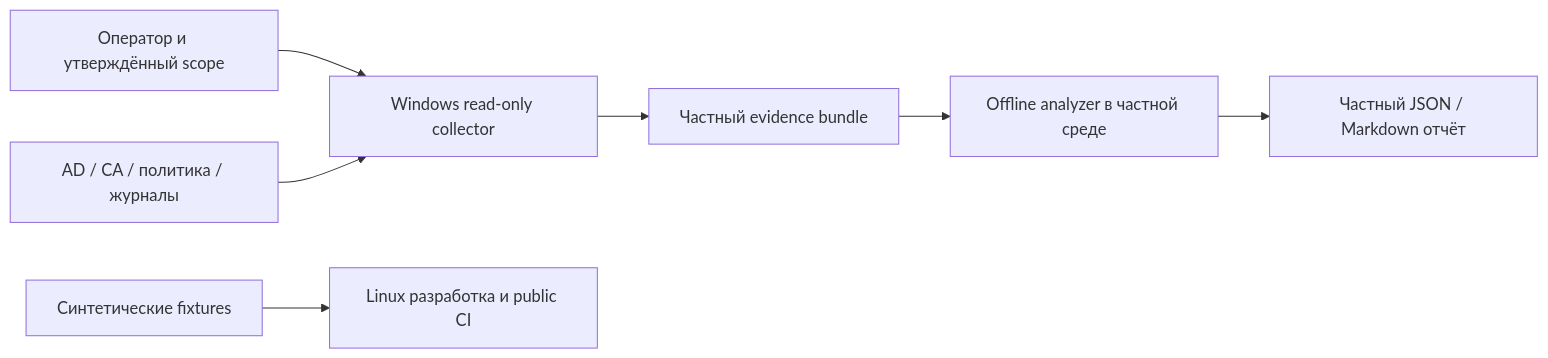
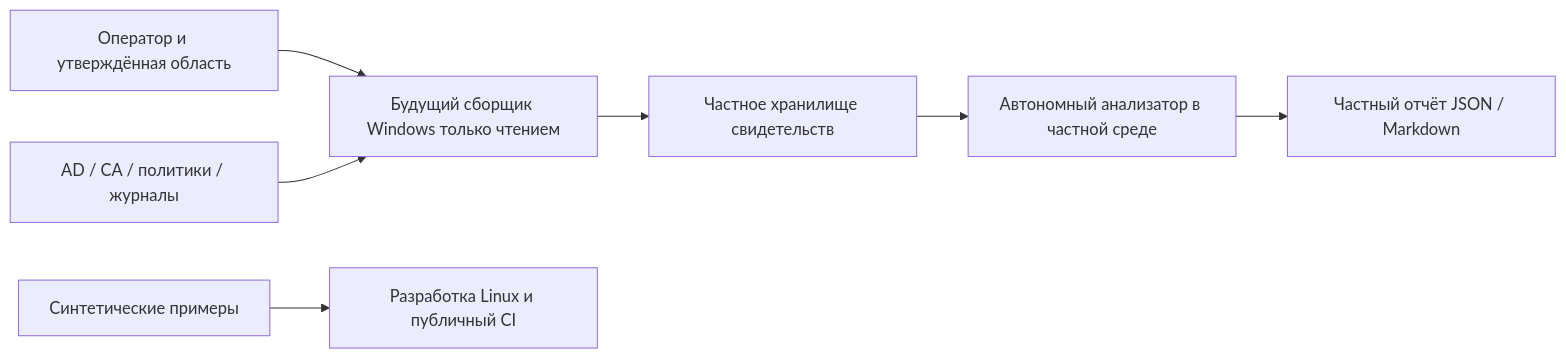
The diagram in docs/architecture.md (mejustbox-byte/ad-opsec-auditor), drawn with Mermaid before and after one commit. The commit also changed other lines of this file and 62 other files, not shown here.

````diff
--- a/docs/architecture.md
+++ b/docs/architecture.md
@@ -7,9 +5,9 @@
 ```mermaid
 flowchart LR
-  O[Оператор и утверждённый scope] --> W[Windows read-only collector]
-  AD[AD / CA / политика / журналы] --> W
-  W --> P[Частный evidence bundle]
-  P --> A[Offline analyzer в частной среде]
-  A --> R[Частный JSON / Markdown отчёт]
-  F[Синтетические fixtures] --> C[Linux разработка и public CI]
+ O[Оператор и утверждённая область] --> W[Будущий сборщик Windows только чтением]
+ AD[AD / CA / политики / журналы] --> W
+ W --> P[Частное хранилище свидетельств]
+ P --> A[Автономный анализатор в частной среде]
+ A --> R[Частный отчёт JSON / Markdown]
+ F[Синтетические примеры] --> C[Разработка Linux и публичный CI]
 ```
````
